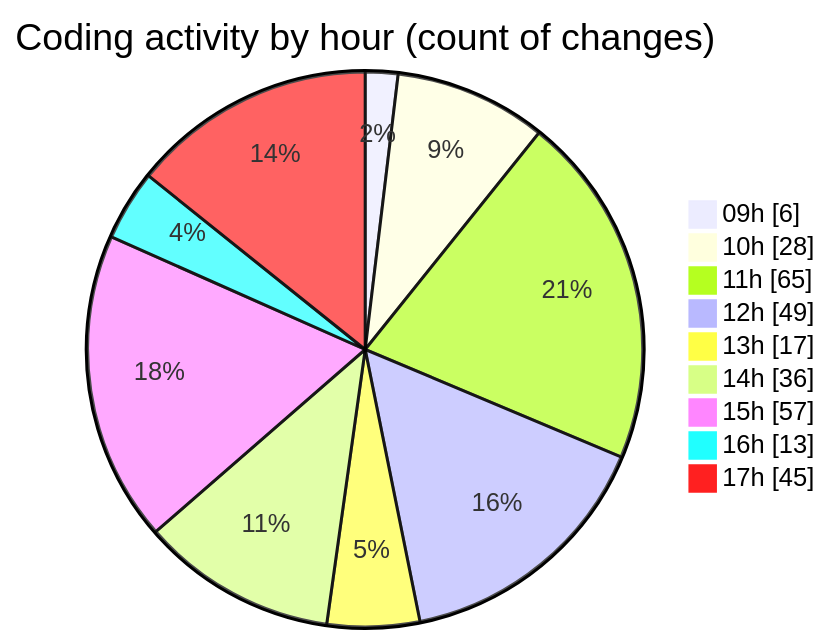
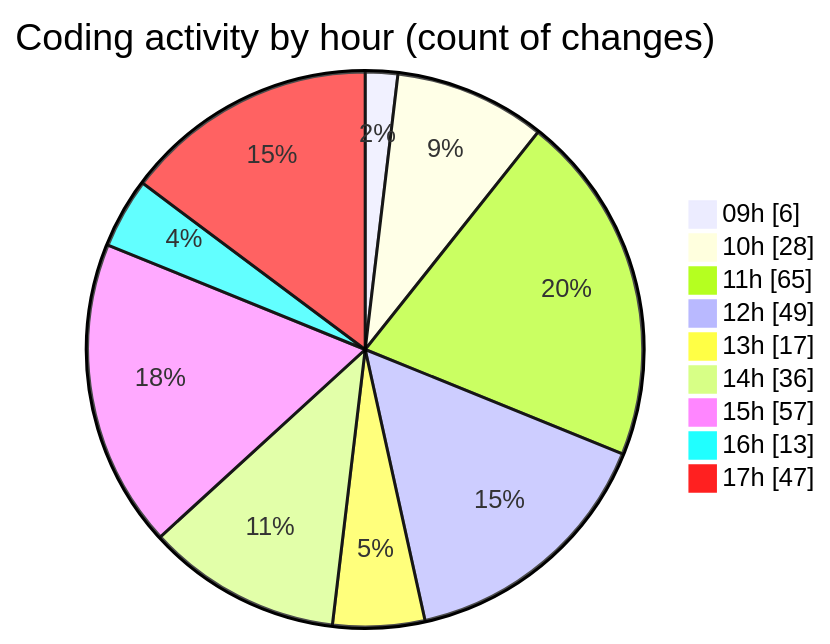
One commit to momahboobian/code-tracking changed the second of 2 diagrams in 2025-03-27/cda/README.md. Above: the diagram before and after it, drawn with Mermaid. The commit also changed other lines of this file and 1 other file, not shown here.

````diff
--- a/2025-03-27/cda/README.md
+++ b/2025-03-27/cda/README.md
@@ -39,13 +39,13 @@
 ```mermaid
 pie showData
 title Coding activity by hour (count of changes)
 "09h" : 6
 "10h" : 28
 "11h" : 65
 "12h" : 49
 "13h" : 17
 "14h" : 36
 "15h" : 57
 "16h" : 13
-"17h" : 45
+"17h" : 47
 ```
````
